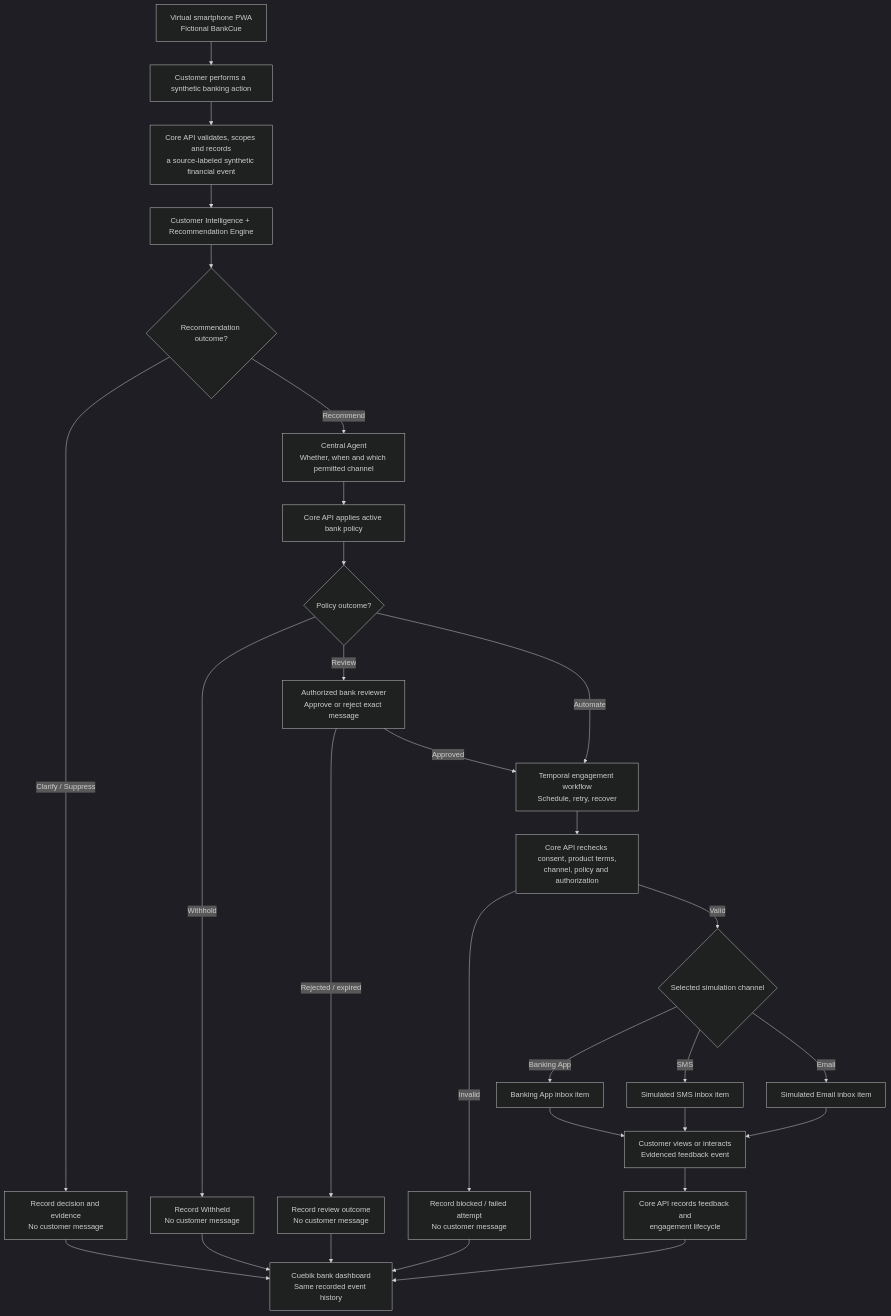
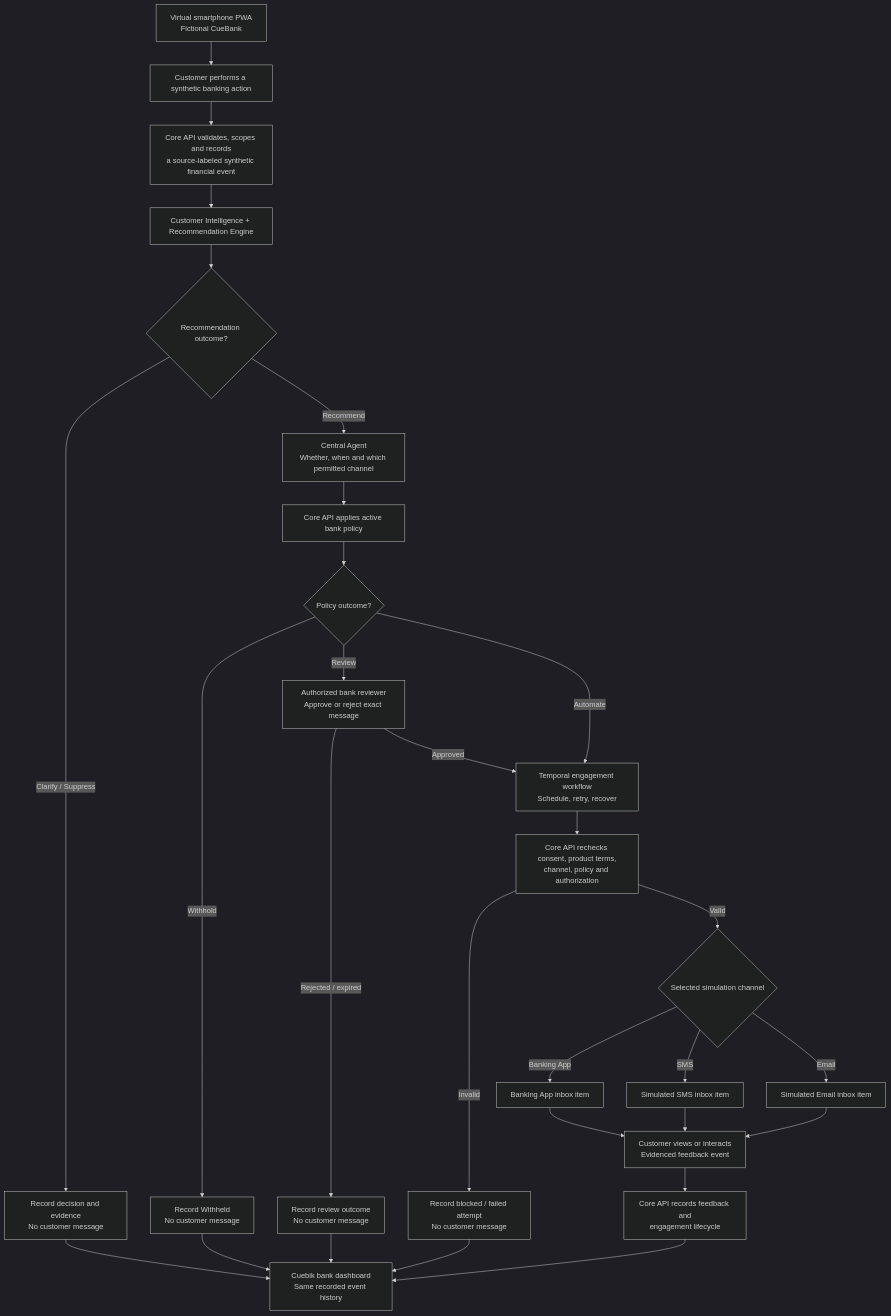
Before and after one commit to onerandomd3v/cuebik: the second of 4 diagrams in ARCHITECTURE.md, drawn with Mermaid (dark theme). The commit also changed other lines of this file and 4 other files, not shown here.

Commit message:
docs: rename fictional demo bank to CueBank

````diff
--- a/ARCHITECTURE.md
+++ b/ARCHITECTURE.md
@@ -121,31 +121,31 @@
 ```mermaid
 flowchart TD
-    PHONE["Virtual smartphone PWA<br/>Fictional BankCue"] --> ACTION["Customer performs a synthetic banking action"]
+    PHONE["Virtual smartphone PWA<br/>Fictional CueBank"] --> ACTION["Customer performs a synthetic banking action"]
     ACTION --> EVENT["Core API validates, scopes and records<br/>a source-labeled synthetic financial event"]
     EVENT --> INTEL["Customer Intelligence + Recommendation Engine"]
     INTEL --> MATCH{"Recommendation outcome?"}
     MATCH -->|"Clarify / Suppress"| NO_SEND["Record decision and evidence<br/>No customer message"]
     MATCH -->|"Recommend"| AGENT["Central Agent<br/>Whether, when and which permitted channel"]
     AGENT --> POLICY["Core API applies active bank policy"]
     POLICY --> GATE{"Policy outcome?"}
     GATE -->|"Withhold"| BLOCK["Record Withheld<br/>No customer message"]
     GATE -->|"Review"| REVIEW["Authorized bank reviewer<br/>Approve or reject exact message"]
     REVIEW -->|"Rejected / expired"| STOP["Record review outcome<br/>No customer message"]
     REVIEW -->|"Approved"| TEMP["Temporal engagement workflow<br/>Schedule, retry, recover"]
     GATE -->|"Automate"| TEMP
     TEMP --> CHECK["Core API rechecks consent, product terms,<br/>channel, policy and authorization"]
     CHECK -->|"Invalid"| NO_DISPATCH["Record blocked / failed attempt<br/>No customer message"]
     CHECK -->|"Valid"| ROUTE{"Selected simulation channel"}
     ROUTE -->|"Banking App"| BANK["Banking App inbox item"]
     ROUTE -->|"SMS"| SMS["Simulated SMS inbox item"]
     ROUTE -->|"Email"| EMAIL["Simulated Email inbox item"]
     BANK --> FEEDBACK["Customer views or interacts<br/>Evidenced feedback event"]
     SMS --> FEEDBACK
     EMAIL --> FEEDBACK
     FEEDBACK --> CORE["Core API records feedback and<br/>engagement lifecycle"]
     CORE --> DASH["Cuebik bank dashboard<br/>Same recorded event history"]
     NO_SEND --> DASH
     BLOCK --> DASH
     STOP --> DASH
     NO_DISPATCH --> DASH
 ```
````
